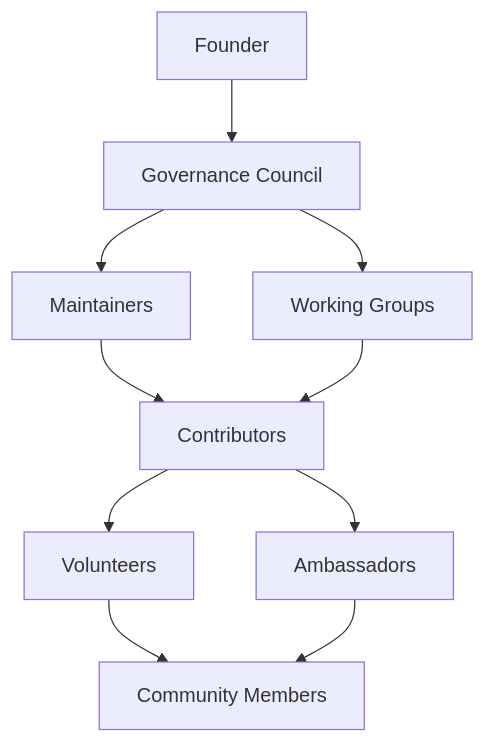
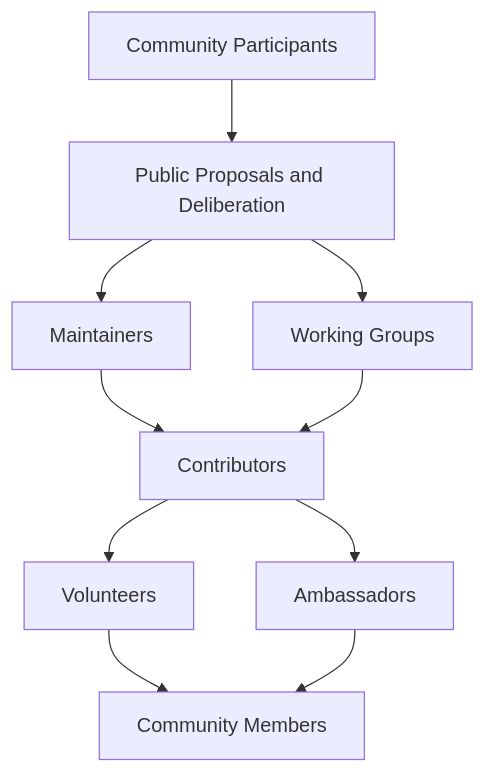
The tenth of 21 diagrams in WHITEPAPER.md (Celo-HaiTi/CeloHT), drawn with Mermaid before and after one commit. The commit also changed other lines of this file and 13 other files, not shown here.

Commit message:
docs: synchronize founder and community governance

````diff
--- a/WHITEPAPER.md
+++ b/WHITEPAPER.md
@@ -621,12 +621,12 @@
 ```mermaid
 graph TD
-    A[Founder] --> B[Governance Council]
+    A[Community Participants] --> B[Public Proposals and Deliberation]
     B --> C[Maintainers]
     B --> D[Working Groups]
     C --> E[Contributors]
     D --> E
     E --> F[Volunteers]
     E --> G[Ambassadors]
     F --> H[Community Members]
     G --> H
 ```
````
